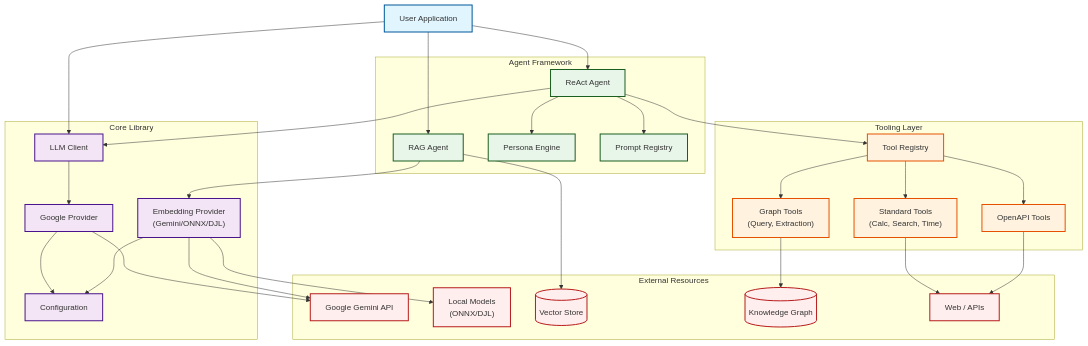
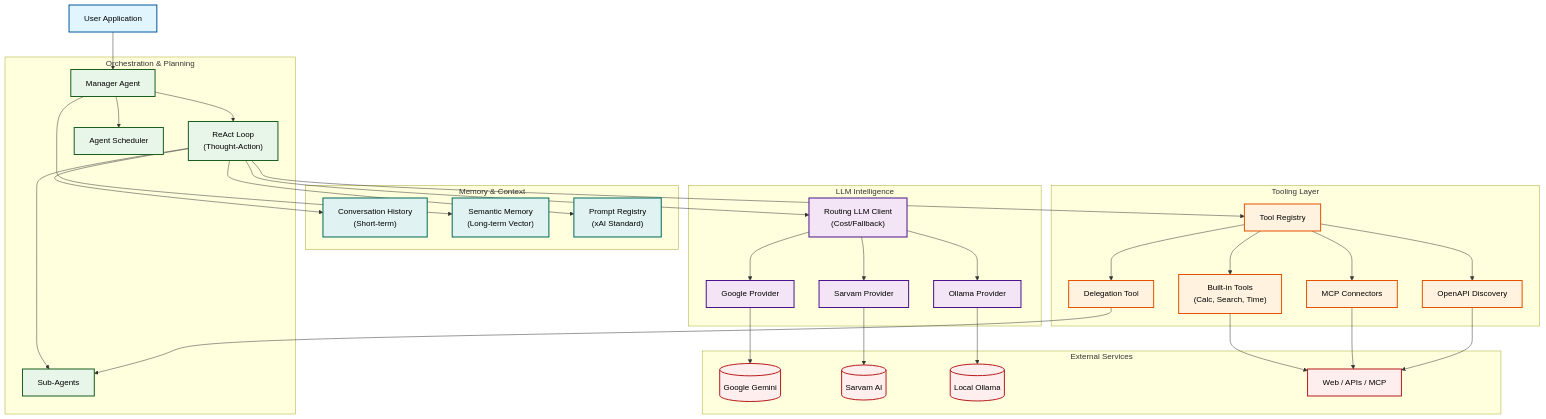
The diagram in ai-agent4j/README.md (srijithunni7182/llm4j), drawn with Mermaid before and after one commit. The commit also changed other lines of this file and 7 other files, not shown here.

Commit message:
docs: Refactored README, created modular Wiki guides, and updated architecture Mermaid diagram

````diff
--- a/ai-agent4j/README.md
+++ b/ai-agent4j/README.md
@@ -1027,74 +68,75 @@
 ```mermaid
-flowchart TD
-    %% Styling
-    classDef user fill:#e1f5fe,stroke:#01579b,stroke-width:2px;
-    classDef core fill:#f3e5f5,stroke:#4a148c,stroke-width:2px;
-    classDef agent fill:#e8f5e9,stroke:#1b5e20,stroke-width:2px;
-    classDef tool fill:#fff3e0,stroke:#e65100,stroke-width:2px;
-    classDef external fill:#fee,stroke:#b71c1c,stroke-width:2px;
-
-    %% User Layer
+flowchart TB
     UserCode["User Application"]:::user
 
-    %% Agent Layer
-    subgraph "Agent Framework"
-        ReAct["ReAct Agent"]:::agent
-        RAG["RAG Agent"]:::agent
-        Persona["Persona Engine"]:::agent
-        Prompt["Prompt Registry"]:::agent
-        
-        ReAct --> Persona
-        ReAct --> Prompt
+    subgraph Orchestration ["Orchestration & Planning"]
+        Manager["Manager Agent"]:::agent
+        SubAgent["Sub-Agents"]:::agent
+        Planner["ReAct Loop<br/>(Thought-Action)"]:::agent
+        Scheduler["Agent Scheduler"]:::agent
     end
 
-    %% Tooling Layer
-    subgraph "Tooling Layer"
-        ToolRegistry["Tool Registry"]:::tool
-        StdTools["Standard Tools<br/>(Calc, Search, Time)"]:::tool
-        GraphTool["Graph Tools<br/>(Query, Extraction)"]:::tool
-        OpenAPI["OpenAPI Tools"]:::tool
-        
-        ToolRegistry --> StdTools
-        ToolRegistry --> GraphTool
-        ToolRegistry --> OpenAPI
+    subgraph Memory ["Memory & Context"]
+        History["Conversation History<br/>(Short-term)"]:::memory
+        Semantic["Semantic Memory<br/>(Long-term Vector)"]:::memory
+        Registry["Prompt Registry<br/>(xAI Standard)"]:::memory
     end
 
-    %% Core Layer
-    subgraph "Core Library"
-        Client["LLM Client"]:::core
-        Provider["Google Provider"]:::core
-        EmbeddingProvider["Embedding Provider<br/>(Gemini/ONNX/DJL)"]:::core
-        Config["Configuration"]:::core
-        
-        Client --> Provider
-        Provider --> Config
-        EmbeddingProvider --> Config
+    subgraph Tooling ["Tooling Layer"]
+        RegistryT["Tool Registry"]:::tool
+        Builtin["Built-in Tools<br/>(Calc, Search, Time)"]:::tool
+        MCP["MCP Connectors"]:::tool
+        OpenAPI["OpenAPI Discovery"]:::tool
+        Delegate["Delegation Tool"]:::tool
     end
 
-    %% External
-    subgraph "External Resources"
-        Gemini["Google Gemini API"]:::external
-        LocalModels["Local Models<br/>(ONNX/DJL)"]:::external
-        VectorDB[("Vector Store")]:::external
-        GraphDB[("Knowledge Graph")]:::external
-        Web["Web / APIs"]:::external
+    subgraph Core ["LLM Intelligence"]
+        Router["Routing LLM Client<br/>(Cost/Fallback)"]:::core
+        GoogleP["Google Provider"]:::core
+        SarvamP["Sarvam Provider"]:::core
+        OllamaP["Ollama Provider"]:::core
+    end
+
+    subgraph External ["External Services"]
+        Gemini[("Google Gemini")]:::external
+        Sarvam[("Sarvam AI")]:::external
+        Ollama[("Local Ollama")]:::external
+        Web["Web / APIs / MCP"]:::external
     end
 
     %% Connections
-    UserCode --> ReAct
-    UserCode --> RAG
-    UserCode --> Client
+    UserCode --> Manager
+    Manager --> Planner
+    Planner --> SubAgent
+    Planner --> Registry
+    Planner --> History
+    Planner --> RegistryT
+    Planner --> Router
 
-    RAG --> VectorDB
-    RAG --> EmbeddingProvider
-    ReAct --> ToolRegistry
-    ReAct --> Client
+    Manager --> Scheduler
+    Manager --> Semantic
+    
+    RegistryT --> Builtin
+    RegistryT --> MCP
+    RegistryT --> OpenAPI
+    RegistryT --> Delegate
+    Delegate --> SubAgent
 
-    StdTools --> Web
-    GraphTool --> GraphDB
+    Router --> GoogleP
+    Router --> SarvamP
+    Router --> OllamaP
+
+    GoogleP --> Gemini
+    SarvamP --> Sarvam
+    OllamaP --> Ollama
+    Builtin --> Web
+    MCP --> Web
     OpenAPI --> Web
 
-    Provider --> Gemini
-    EmbeddingProvider --> Gemini
-    EmbeddingProvider --> LocalModels
+    classDef user fill:#e1f5fe,stroke:#01579b,stroke-width:2px,color:#000;
+    classDef core fill:#f3e5f5,stroke:#4a148c,stroke-width:2px,color:#000;
+    classDef agent fill:#e8f5e9,stroke:#1b5e20,stroke-width:2px,color:#000;
+    classDef tool fill:#fff3e0,stroke:#e65100,stroke-width:2px,color:#000;
+    classDef memory fill:#e0f2f1,stroke:#00695c,stroke-width:2px,color:#000;
+    classDef external fill:#fee,stroke:#b71c1c,stroke-width:2px,color:#000;
 ```
````
